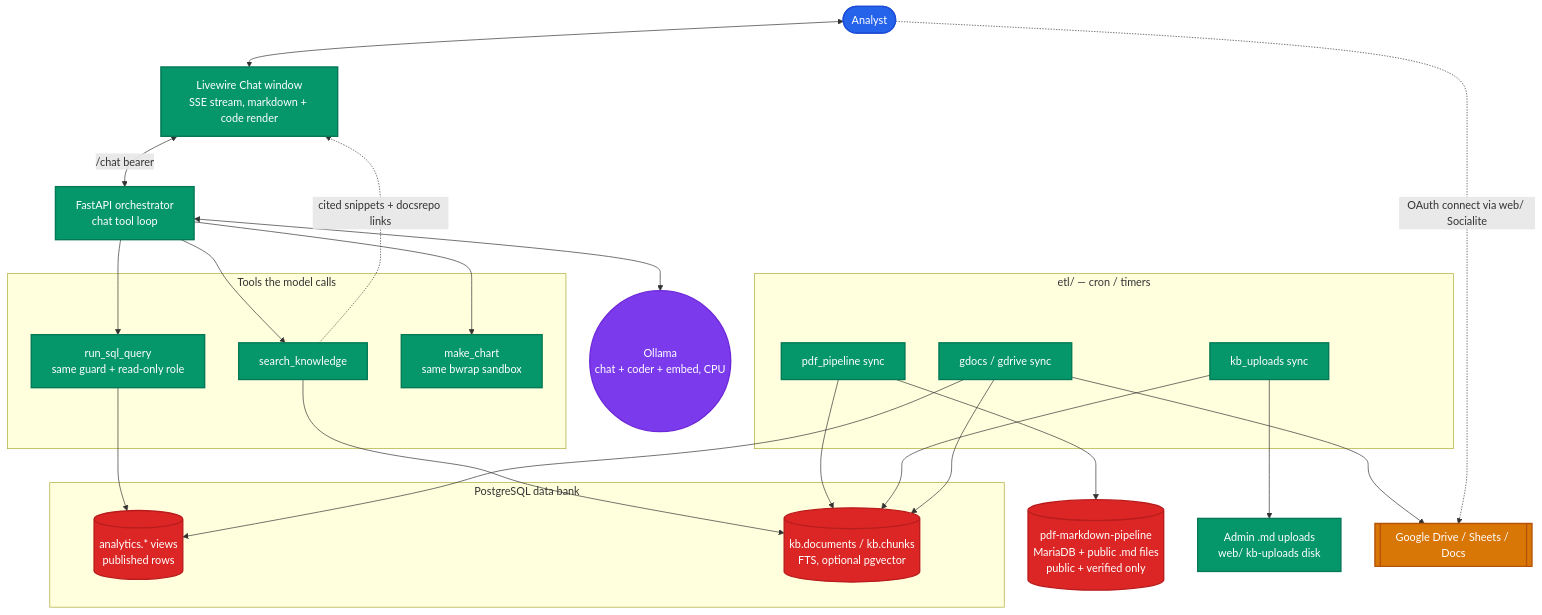
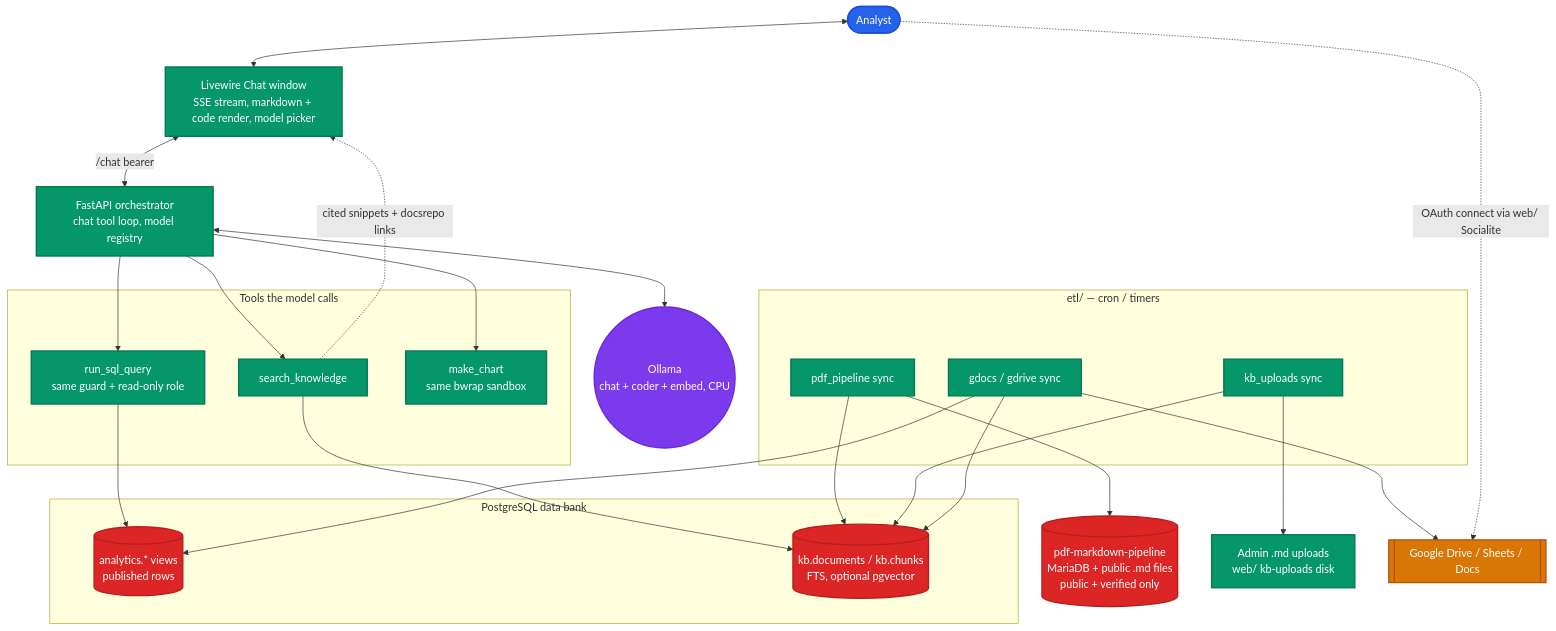
The fifth of 6 diagrams in ARCHITECTURE.md (SubhanRaj/excise-mcp-dashboard), drawn with Mermaid before and after one commit. The commit also changed other lines of this file and 3 other files, not shown here.

First line of the commit message:
Refresh the diagrams and add a UI customization panel

````diff
--- a/ARCHITECTURE.md
+++ b/ARCHITECTURE.md
@@ -414,54 +424,54 @@
 ```mermaid
 flowchart TD
     classDef client fill:#2563eb,stroke:#1d4ed8,stroke-width:2px,color:#fff
     classDef app fill:#059669,stroke:#047857,stroke-width:2px,color:#fff
     classDef ai fill:#7c3aed,stroke:#6d28d9,stroke-width:2px,color:#fff
     classDef db fill:#dc2626,stroke:#b91c1c,stroke-width:2px,color:#fff
     classDef ext fill:#d97706,stroke:#b45309,stroke-width:2px,color:#fff
 
     User(["Analyst"]):::client
-    Chat["Livewire Chat window<br/>SSE stream, markdown + code render"]:::app
-    Orch["FastAPI orchestrator<br/>chat tool loop"]:::app
+    Chat["Livewire Chat window<br/>SSE stream, markdown + code render, model picker"]:::app
+    Orch["FastAPI orchestrator<br/>chat tool loop, model registry"]:::app
     Ollama(("Ollama<br/>chat + coder + embed, CPU")):::ai
 
     subgraph Tools["Tools the model calls"]
         T1["search_knowledge"]:::app
         T2["run_sql_query<br/>same guard + read-only role"]:::app
         T3["make_chart<br/>same bwrap sandbox"]:::app
     end
 
     subgraph Bank["PostgreSQL data bank"]
         AN[("analytics.* views<br/>published rows")]:::db
         KB[("kb.documents / kb.chunks<br/>FTS, optional pgvector")]:::db
     end
 
     subgraph Ingest["etl/ — cron / timers"]
         E1["pdf_pipeline sync"]:::app
         E2["kb_uploads sync"]:::app
         E3["gdocs / gdrive sync"]:::app
     end
 
     PDFP[("pdf-markdown-pipeline<br/>MariaDB + public .md files<br/>public + verified only")]:::db
     UP["Admin .md uploads<br/>web/ kb-uploads disk"]:::app
     G[["Google Drive / Sheets / Docs"]]:::ext
 
     User <--> Chat
     Chat <-->|"/chat bearer"| Orch
     Orch <--> Ollama
     Orch --> T1
     T1 --> KB
     Orch --> T2
     T2 --> AN
     Orch --> T3
     T1 -.->|"cited snippets + docsrepo links"| Chat
 
     E1 --> PDFP
     E1 --> KB
     E2 --> UP
     E2 --> KB
     E3 --> G
     E3 --> KB
     E3 --> AN
 
     User -.->|"OAuth connect via web/ Socialite"| G
 ```
````
